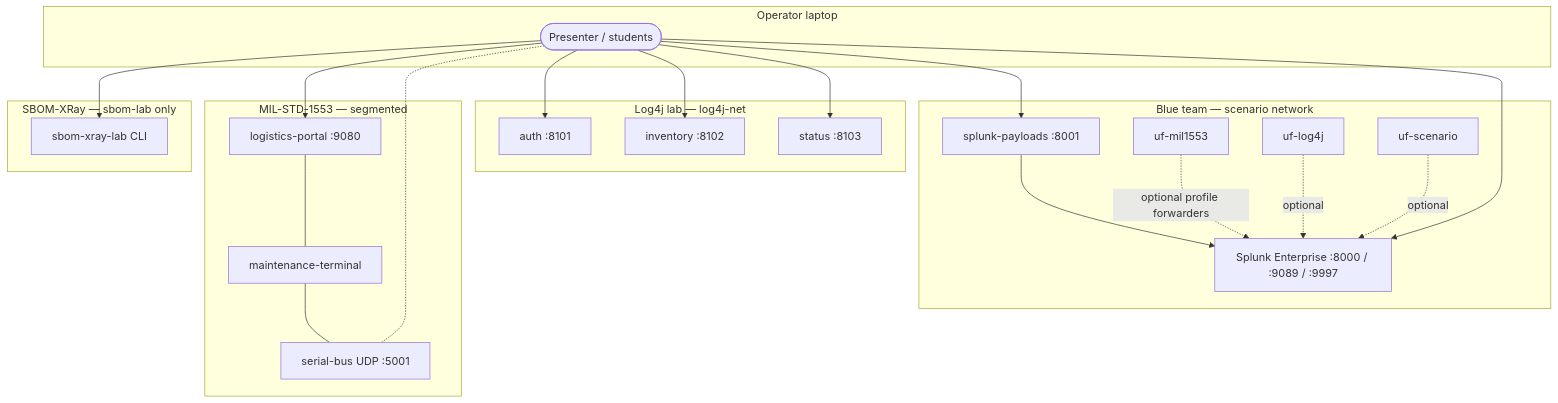
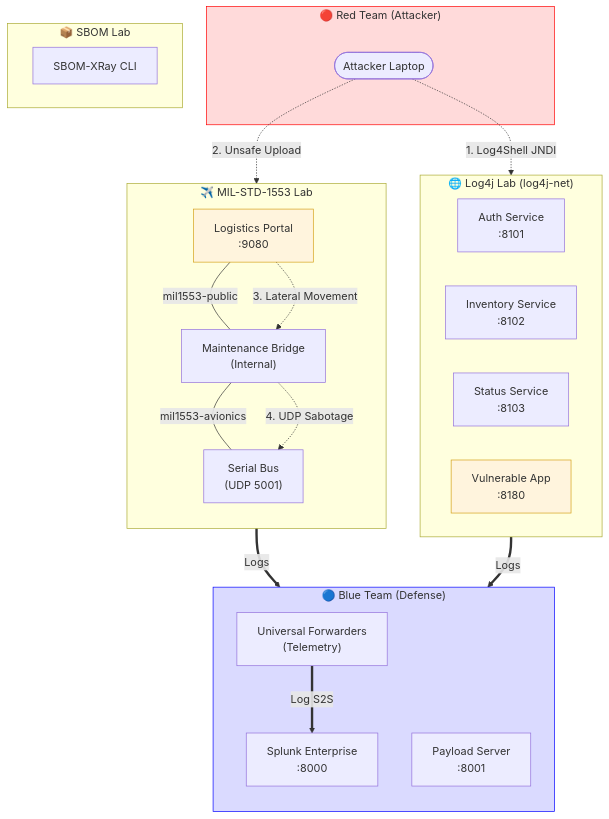
The diagram in README.md (HAFB-Capstone/DEMO-FULL), drawn with Mermaid before and after one commit. The commit also changed other lines of this file and 4 other files, not shown here.

````diff
--- a/README.md
+++ b/README.md
@@ -29,45 +5,50 @@
 ```mermaid
 flowchart TB
-    subgraph blue["Blue team — scenario network"]
-        SP["splunk-payloads :8001"]
-        S["Splunk Enterprise :8000 / :9089 / :9997"]
-        UF1["uf-mil1553"]
-        UF2["uf-log4j"]
-        UF3["uf-scenario"]
-        SP --> S
-        UF1 -. optional profile forwarders .-> S
-        UF2 -. optional .-> S
-        UF3 -. optional .-> S
+    subgraph red["🔴 Red Team (Attacker)"]
+        RT([Attacker Laptop])
     end
 
-    subgraph log4j["Log4j lab — log4j-net"]
-        A["auth :8101"]
-        I["inventory :8102"]
-        ST["status :8103"]
+    subgraph blue["🔵 Blue Team (Defense)"]
+        direction TB
+        S["Splunk Enterprise<br/>:8000"]
+        UF["Universal Forwarders<br/>(Telemetry)"]
+        PS["Payload Server<br/>:8001"]
+        UF ==>|Log S2S| S
     end
 
-    subgraph mil["MIL-STD-1553 — segmented"]
-        LP["logistics-portal :9080"]
-        MT["maintenance-terminal"]
-        SB["serial-bus UDP :5001"]
-        LP --- MT
-        MT --- SB
+    subgraph log4j["🌐 Log4j Lab (log4j-net)"]
+        direction LR
+        L1["Auth Service<br/>:8101"]
+        L2["Inventory Service<br/>:8102"]
+        L3["Status Service<br/>:8103"]
+        VA["Vulnerable App<br/>:8180"]
     end
 
-    subgraph sbom["SBOM-XRay — sbom-lab only"]
-        SX["sbom-xray-lab CLI"]
+    subgraph mil["✈️ MIL-STD-1553 Lab"]
+        direction TB
+        LP["Logistics Portal<br/>:9080"]
+        MT["Maintenance Bridge<br/>(Internal)"]
+        SB["Serial Bus<br/>(UDP 5001)"]
+        LP ---|mil1553-public| MT
+        MT ---|mil1553-avionics| SB
     end
 
-    subgraph host["Operator laptop"]
-        OP([Presenter / students])
+    subgraph sbom["📦 SBOM Lab"]
+        SX["SBOM-XRay CLI"]
     end
 
-    OP --> S
-    OP --> SP
-    OP --> A
-    OP --> I
-    OP --> ST
-    OP --> LP
-    OP -.- SB
-    OP --> SX
+    %% Attack Paths
+    RT -.->|1. Log4Shell JNDI| VA
+    RT -.->|2. Unsafe Upload| LP
+    LP -.->|3. Lateral Movement| MT
+    MT -.->|4. UDP Sabotage| SB
+
+    %% Telemetry Paths
+    log4j ==>|Logs| UF
+    mil ==>|Logs| UF
+
+    style red fill:#ffdada,stroke:#ff0000
+    style blue fill:#dadaff,stroke:#0000ff
+    style VA fill:#fff4dd,stroke:#d4a017
+    style LP fill:#fff4dd,stroke:#d4a017
 ```
````
